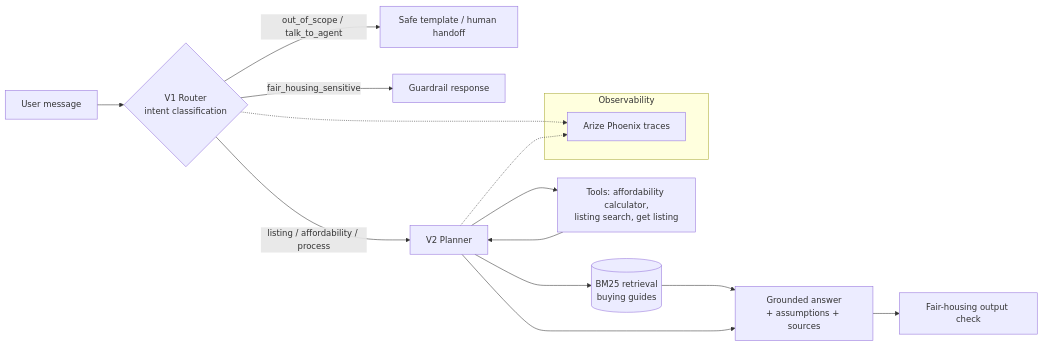
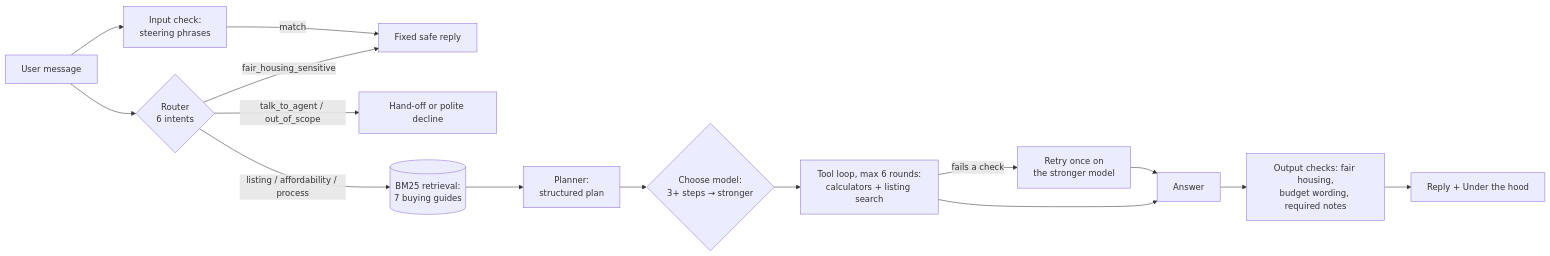
One commit to BaselAbuRamadan/homebuyer-agent changed the diagram in README.md. Above: the diagram before and after it, drawn with Mermaid. The commit also changed other lines of this file and 56 other files, not shown here.

````diff
--- a/README.md
+++ b/README.md
@@ -33,18 +36,17 @@
 ```mermaid
 flowchart LR
-    U[User message] --> R{V1 Router<br/>intent classification}
-    R -- out_of_scope / talk_to_agent --> T[Safe template / human handoff]
-    R -- fair_housing_sensitive --> G[Guardrail response]
-    R -- listing / affordability / process --> P[V2 Planner]
-    P --> K[(BM25 retrieval<br/>buying guides)]
-    P --> TL[Tools: affordability calculator,<br/>listing search, get listing]
-    TL --> P
-    K --> A[Grounded answer<br/>+ assumptions + sources]
-    P --> A
-    A --> GC[Fair-housing output check]
-    subgraph Observability
-      PX[Arize Phoenix traces]
-    end
-    R -.-> PX
-    P -.-> PX
+    U[User message] --> R{Router<br/>6 intents}
+    U --> IC[Input check:<br/>steering phrases]
+    R -- fair_housing_sensitive --> G[Fixed safe reply]
+    IC -- match --> G
+    R -- talk_to_agent / out_of_scope --> T[Hand-off or polite decline]
+    R -- listing / affordability / process --> K[(BM25 retrieval:<br/>7 buying guides)]
+    K --> P[Planner:<br/>structured plan]
+    P --> M{Choose model:<br/>3+ steps → stronger}
+    M --> L[Tool loop, max 6 rounds:<br/>calculators + listing search]
+    L -- fails a check --> RT[Retry once on<br/>the stronger model]
+    L --> A[Answer]
+    RT --> A
+    A --> OC[Output checks: fair housing,<br/>budget wording, required notes]
+    OC --> Out[Reply + Under the hood]
 ```
````
